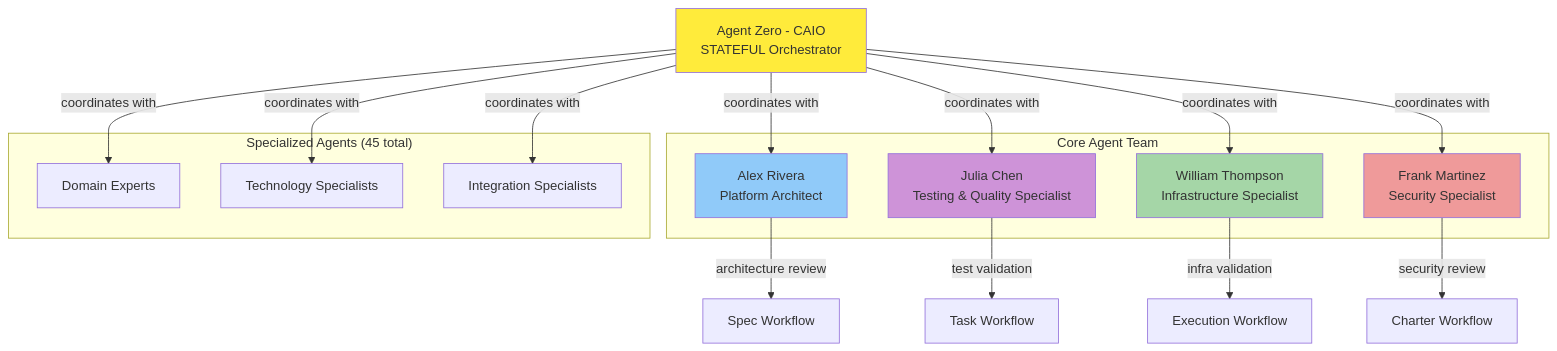
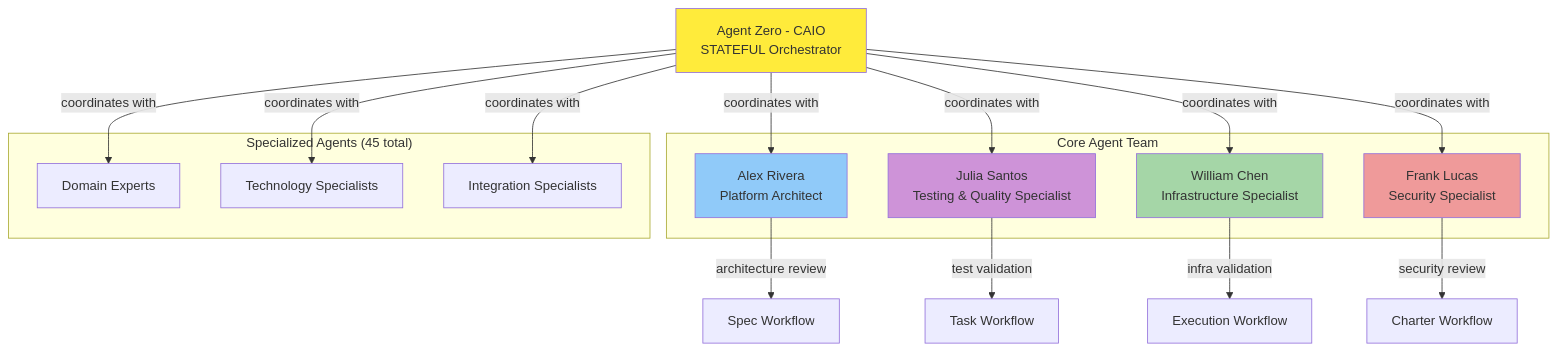
One commit to Hana-X-AI/HX-Infrastructure changed the fourth of 6 diagrams in command-quick-reference.md. Above: the diagram before and after it, drawn with Mermaid. The commit also changed other lines of this file and 61 other files, not shown here.

````diff
--- a/command-quick-reference.md
+++ b/command-quick-reference.md
@@ -329,36 +329,36 @@
 ```mermaid
 graph TB
     CAIO[Agent Zero - CAIO<br/>STATEFUL Orchestrator]
 
     subgraph "Core Agent Team"
         ALEX[Alex Rivera<br/>Platform Architect]
-        JULIA[Julia Chen<br/>Testing & Quality Specialist]
-        WILLIAM[William Thompson<br/>Infrastructure Specialist]
-        FRANK[Frank Martinez<br/>Security Specialist]
+        JULIA[Julia Santos<br/>Testing & Quality Specialist]
+        WILLIAM[William Chen<br/>Infrastructure Specialist]
+        FRANK[Frank Lucas<br/>Security Specialist]
     end
 
     subgraph "Specialized Agents (45 total)"
         SPEC1[Domain Experts]
         SPEC2[Technology Specialists]
         SPEC3[Integration Specialists]
     end
 
     CAIO -->|coordinates with| ALEX
     CAIO -->|coordinates with| JULIA
     CAIO -->|coordinates with| WILLIAM
     CAIO -->|coordinates with| FRANK
     CAIO -->|coordinates with| SPEC1
     CAIO -->|coordinates with| SPEC2
     CAIO -->|coordinates with| SPEC3
 
     ALEX -->|architecture review| W2[Spec Workflow]
     JULIA -->|test validation| W3[Task Workflow]
     WILLIAM -->|infra validation| W4[Execution Workflow]
     FRANK -->|security review| W1[Charter Workflow]
 
     style CAIO fill:#ffeb3b
     style ALEX fill:#90caf9
     style JULIA fill:#ce93d8
     style WILLIAM fill:#a5d6a7
     style FRANK fill:#ef9a9a
 ```
````
